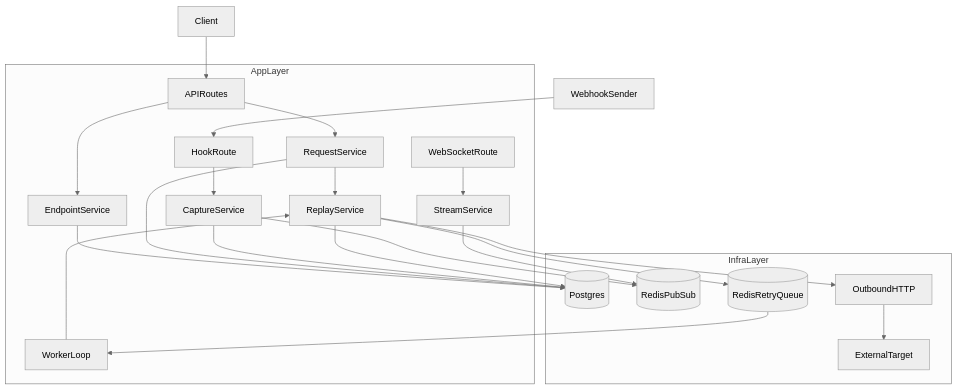
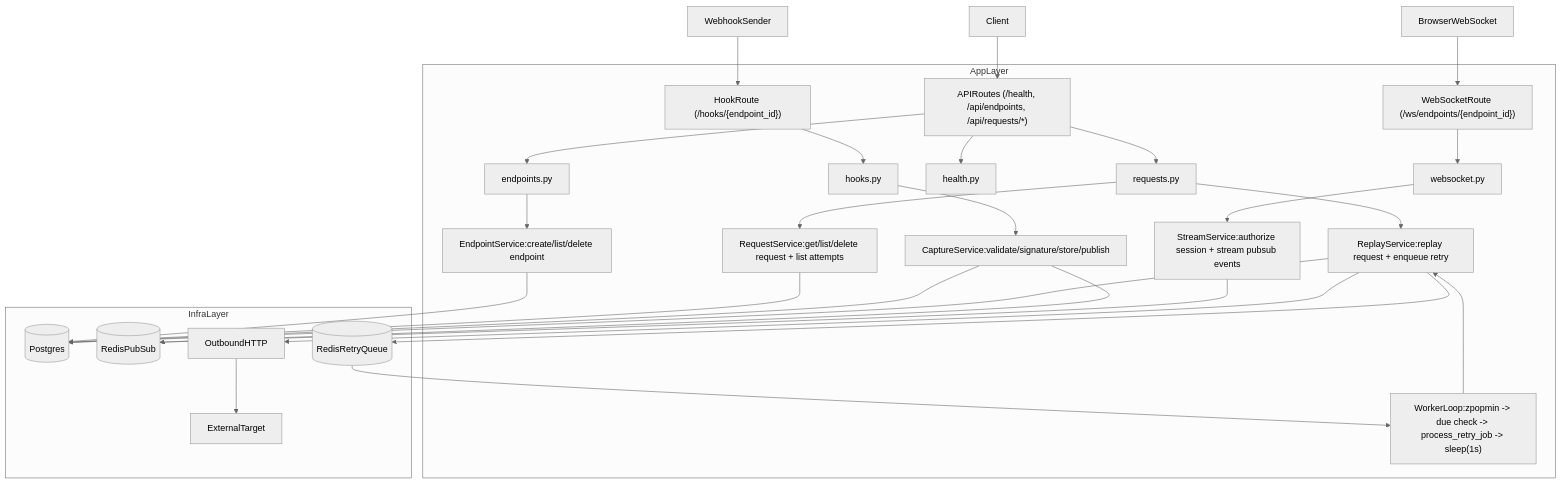
The diagram in backend/ARCHITECTURE.md (alexh212/webhook-inspector), drawn with Mermaid (neutral theme) before and after one commit. The commit also changed other lines of this file, not shown here.

Commit message:
refactor backend into layered api/services modules and document detailed flow

````diff
--- a/backend/ARCHITECTURE.md
+++ b/backend/ARCHITECTURE.md
@@ -3,27 +3,37 @@
 ```mermaid
 flowchart TD
-client[Client] --> apiRoutes[APIRoutes]
-webhookSender[WebhookSender] --> hookRoute[HookRoute]
+client[Client] --> apiRoutes["APIRoutes (/health, /api/endpoints, /api/requests/*)"]
+webhookSender[WebhookSender] --> hookRoute["HookRoute (/hooks/{endpoint_id})"]
+browserWs[BrowserWebSocket] --> wsRoute["WebSocketRoute (/ws/endpoints/{endpoint_id})"]
 
 subgraph appLayer [AppLayer]
-apiRoutes --> endpointService[EndpointService]
-apiRoutes --> requestService[RequestService]
-hookRoute --> captureService[CaptureService]
-wsRoute[WebSocketRoute] --> streamService[StreamService]
-workerLoop[WorkerLoop] --> replayService[ReplayService]
-requestService --> replayService
+apiRoutes --> endpointApi["endpoints.py"]
+apiRoutes --> requestApi["requests.py"]
+apiRoutes --> healthApi["health.py"]
+hookRoute --> hookApi["hooks.py"]
+wsRoute --> wsApi["websocket.py"]
+
+endpointApi --> endpointService["EndpointService:create/list/delete endpoint"]
+requestApi --> requestService["RequestService:get/list/delete request + list attempts"]
+requestApi --> replayService["ReplayService:replay request + enqueue retry"]
+hookApi --> captureService["CaptureService:validate/signature/store/publish"]
+wsApi --> streamService["StreamService:authorize session + stream pubsub events"]
+
+workerLoop["WorkerLoop:zpopmin -> due check -> process_retry_job -> sleep(1s)"] --> replayService
 end
 
 subgraph infraLayer [InfraLayer]
 endpointService --> db[(Postgres)]
 requestService --> db
 captureService --> db
 replayService --> db
+
 captureService --> redisPub[(RedisPubSub)]
 streamService --> redisPub
 replayService --> redisQueue[(RedisRetryQueue)]
 redisQueue --> workerLoop
+
 replayService --> outboundHttp[OutboundHTTP]
 outboundHttp --> target[ExternalTarget]
 end
 ```
````
